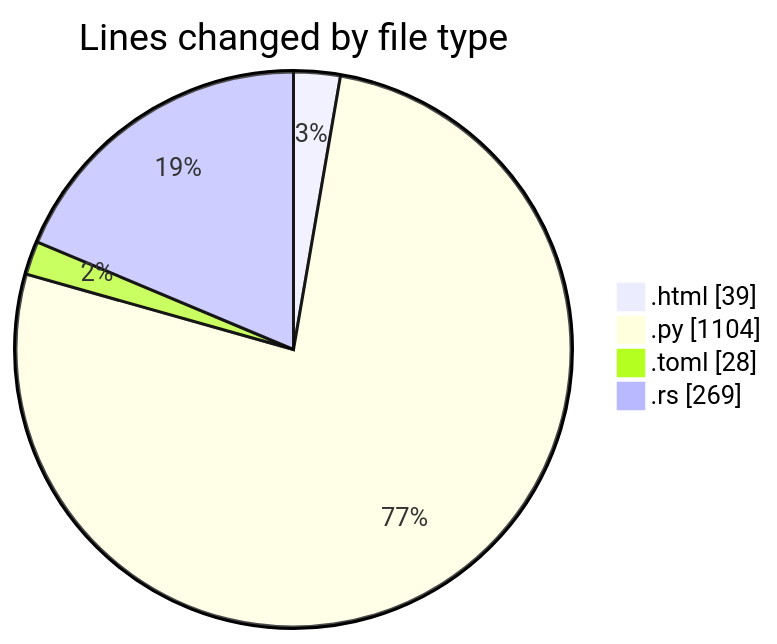
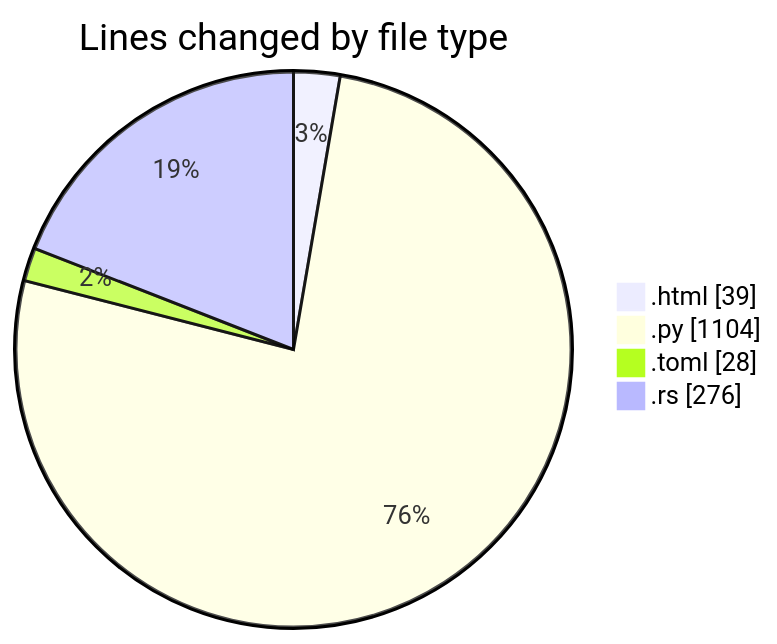
The first of 2 diagrams in 2025-06-22/___base/README.md (Ritupan-Deka/code-tracking), drawn with Mermaid before and after one commit. The commit also changed other lines of this file and 1 other file, not shown here.

````diff
--- a/2025-06-22/___base/README.md
+++ b/2025-06-22/___base/README.md
@@ -25,8 +25,8 @@
 ```mermaid
 pie showData
 title Lines changed by file type
 ".html" : 39
 ".py" : 1104
 ".toml" : 28
-".rs" : 269
+".rs" : 276
 ```
````
